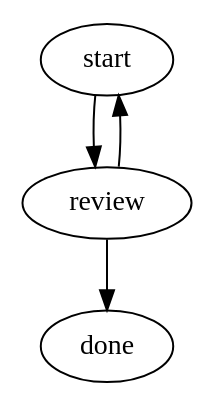
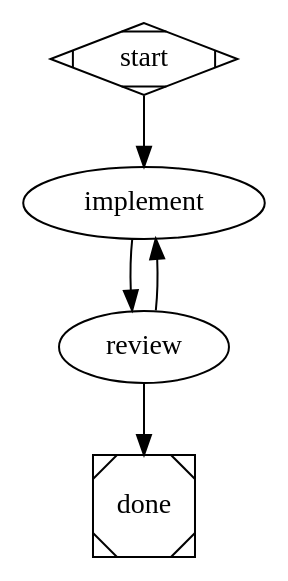
One commit to jawhnycooke/attractor changed the diagram in src/attractor/pipeline/CLAUDE.md. Above: the diagram before and after it, drawn with Graphviz. The commit also changed other lines of this file and 9 other files, not shown here.

````diff
--- a/src/attractor/pipeline/CLAUDE.md
+++ b/src/attractor/pipeline/CLAUDE.md
@@ -34,11 +35,13 @@
 ```dot
 digraph my_pipeline {
-    start [handler="codergen" prompt="Fix the login bug" start=true]
-    review [handler="codergen" prompt="Review the changes"]
-    done [terminal=true]
+    start [shape=Mdiamond]
+    implement [type="codergen" prompt="Fix the login bug"]
+    review [type="codergen" prompt="Review the changes"]
+    done [shape=Msquare]
 
-    start -> review
-    review -> done [condition="review_passed == true"]
-    review -> start [condition="review_passed == false" priority=2]
+    start -> implement
+    implement -> review
+    review -> done [condition="review_passed = true"]
+    review -> implement [condition="review_passed = false" weight=2]
 }
 ```
````
